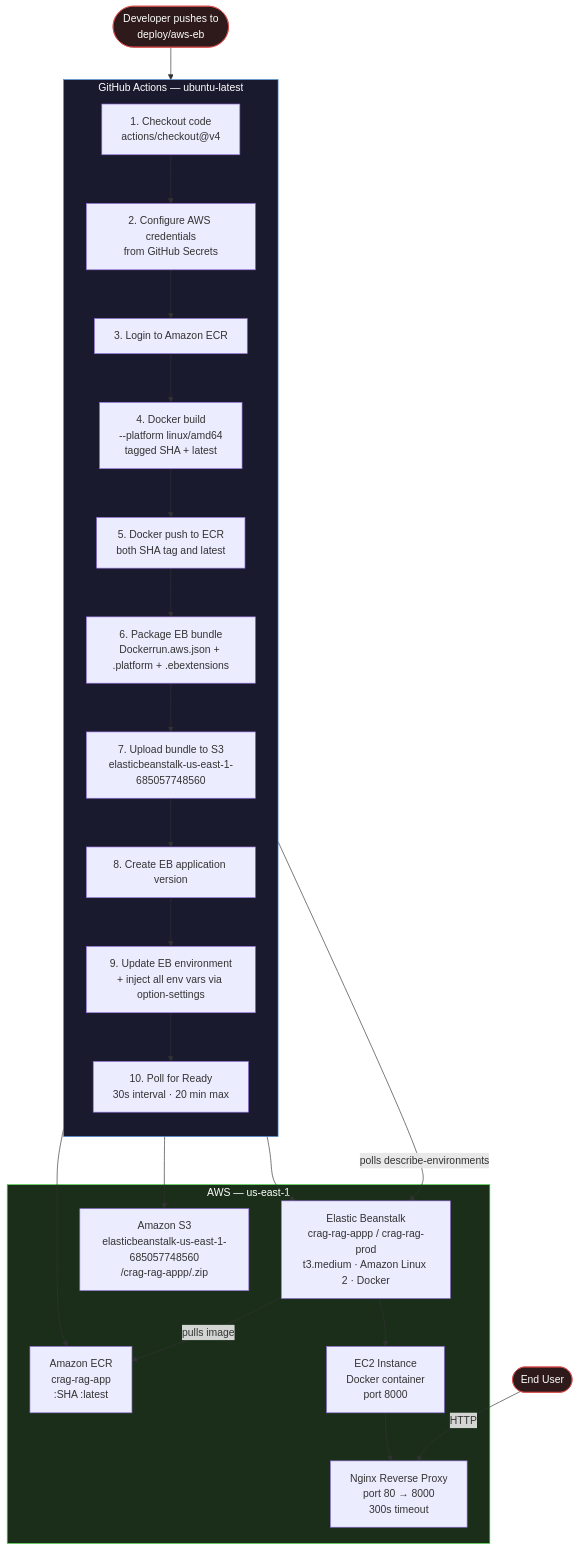
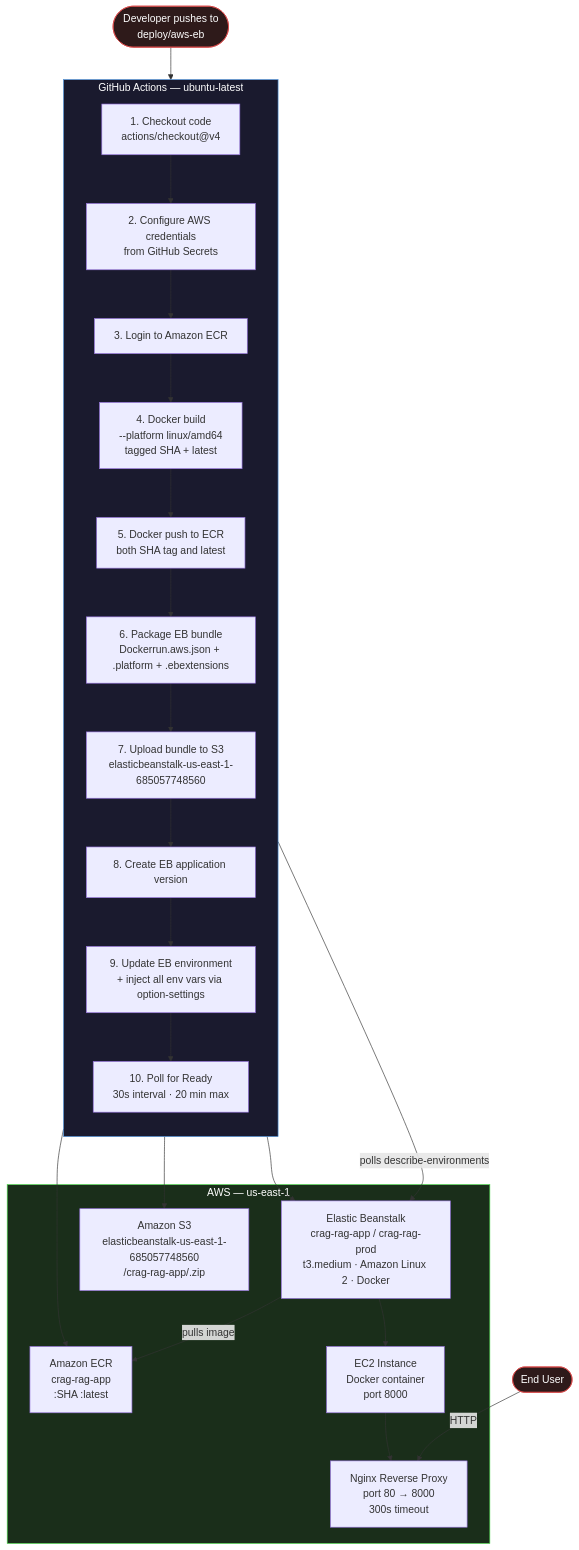
The first of 4 diagrams in workflows/AWS_Deployment_Architecture.md (rahulpariharcopilot/corrective_self_reflective_rag), drawn with Mermaid before and after one commit. The commit also changed other lines of this file and 6 other files, not shown here.

````diff
--- a/workflows/AWS_Deployment_Architecture.md
+++ b/workflows/AWS_Deployment_Architecture.md
@@ -6,43 +6,43 @@
 ```mermaid
 flowchart TD
     DEV([Developer pushes to\ndeploy/aws-eb]) --> GHA
 
     subgraph GHA["GitHub Actions — ubuntu-latest"]
         direction TB
         S1[1. Checkout code\nactions/checkout@v4]
         S2[2. Configure AWS credentials\nfrom GitHub Secrets]
         S3[3. Login to Amazon ECR]
         S4[4. Docker build\n--platform linux/amd64\ntagged SHA + latest]
         S5[5. Docker push to ECR\nboth SHA tag and latest]
         S6[6. Package EB bundle\nDockerrun.aws.json + .platform + .ebextensions]
         S7[7. Upload bundle to S3\nelasticbeanstalk-us-east-1-685057748560]
         S8[8. Create EB application version]
         S9[9. Update EB environment\n+ inject all env vars via option-settings]
         S10[10. Poll for Ready\n30s interval · 20 min max]
 
         S1 --> S2 --> S3 --> S4 --> S5 --> S6 --> S7 --> S8 --> S9 --> S10
     end
 
     subgraph AWS["AWS — us-east-1"]
         ECR["Amazon ECR\ncrag-rag-app\n:SHA  :latest"]
-        S3B["Amazon S3\nelasticbeanstalk-us-east-1-685057748560\n/crag-rag-appp/<version>.zip"]
-        EB["Elastic Beanstalk\ncrag-rag-appp / crag-rag-prod\nt3.medium · Amazon Linux 2 · Docker"]
+        S3B["Amazon S3\nelasticbeanstalk-us-east-1-685057748560\n/crag-rag-app/<version>.zip"]
+        EB["Elastic Beanstalk\ncrag-rag-app / crag-rag-prod\nt3.medium · Amazon Linux 2 · Docker"]
         EC2["EC2 Instance\nDocker container\nport 8000"]
         NGX["Nginx Reverse Proxy\nport 80 → 8000\n300s timeout"]
     end
 
     S5 --> ECR
     S7 --> S3B
     S9 --> EB
     EB -->|pulls image| ECR
     EB --> EC2
     EC2 --> NGX
 
     USER([End User]) -->|HTTP| NGX
     S10 -->|polls describe-environments| EB
 
     style GHA fill:#1a1a2e,stroke:#4a90d9,color:#fff
     style AWS fill:#1a2e1a,stroke:#4ad94a,color:#fff
     style DEV fill:#2e1a1a,stroke:#d94a4a,color:#fff
     style USER fill:#2e1a1a,stroke:#d94a4a,color:#fff
 ```
````
